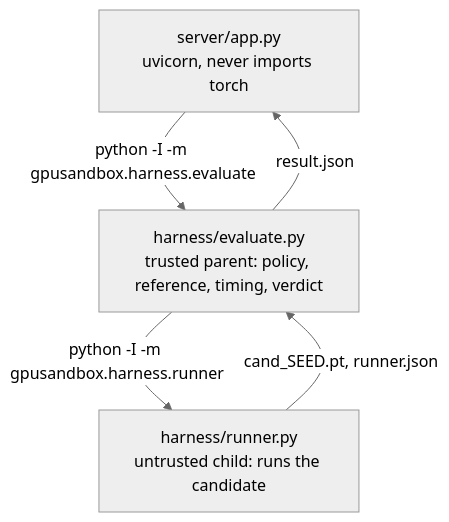
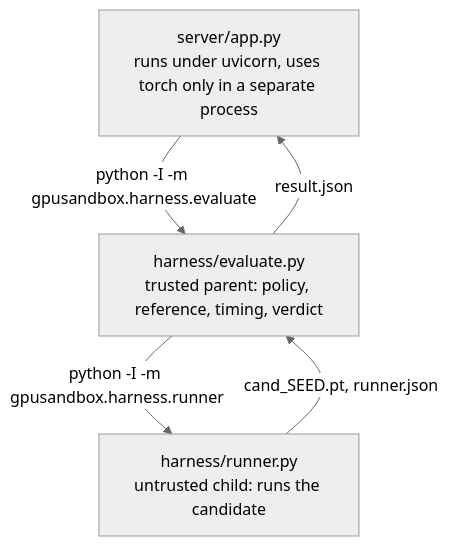
One commit to daekeun-ml/gpu-sandbox-on-aws changed the second of 2 diagrams in docs/reference/repository_map.en.md. Above: the diagram before and after it, drawn with Mermaid (neutral theme). The commit also changed other lines of this file and 171 other files, not shown here.

````diff
--- a/docs/reference/repository_map.en.md
+++ b/docs/reference/repository_map.en.md
@@ -69,7 +68,7 @@
 ```mermaid
 flowchart TB
-    S["server/app.py<br/>uvicorn, never imports torch"] -->|"python -I -m gpusandbox.harness.evaluate"| E["harness/evaluate.py<br/>trusted parent: policy, reference, timing, verdict"]
+    S["server/app.py<br/>runs under uvicorn, uses torch only in a separate process"] -->|"python -I -m gpusandbox.harness.evaluate"| E["harness/evaluate.py<br/>trusted parent: policy, reference, timing, verdict"]
     E -->|"python -I -m gpusandbox.harness.runner"| R["harness/runner.py<br/>untrusted child: runs the candidate"]
     R -->|"cand_SEED.pt, runner.json"| E
     E -->|"result.json"| S
 ```
````
